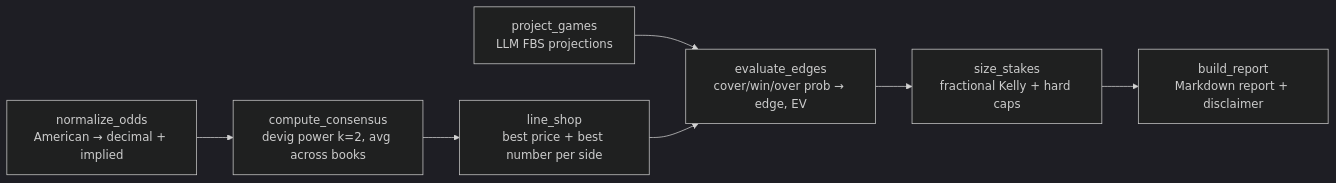
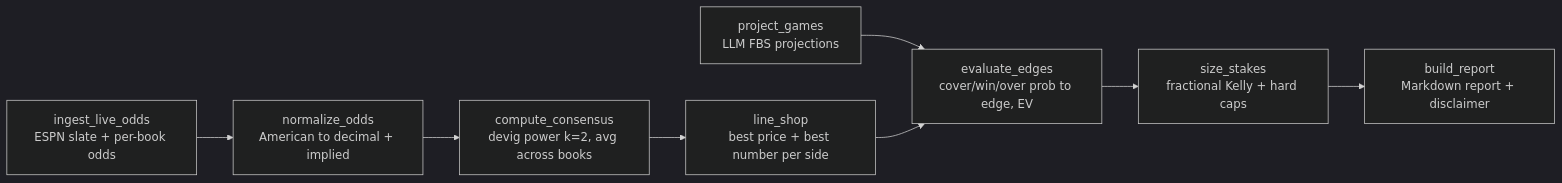
The diagram in README.md (ThomsenDrake/crb-workflow), drawn with Mermaid (dark theme) before and after one commit. The commit also changed other lines of this file and 8 other files, not shown here.

Commit message:
feat: live ESPN odds ingestion (sources.py + ingest_live_odds activity); games input now optional, defaults to today FBS slate

```diff
--- a/README.md
+++ b/README.md
@@ -27,9 +27,10 @@
 ~~~mermaid
 flowchart LR
-    A[normalize_odds<br/>American → decimal + implied] --> B[compute_consensus<br/>devig power k=2, avg across books]
-    B --> C[line_shop<br/>best price + best number per side]
-    D[project_games<br/>LLM FBS projections] --> E[evaluate_edges<br/>cover/win/over prob → edge, EV]
-    C --> E
-    E --> F[size_stakes<br/>fractional Kelly + hard caps]
-    F --> G[build_report<br/>Markdown report + disclaimer]
+    A[ingest_live_odds<br/>ESPN slate + per-book odds] --> B[normalize_odds<br/>American to decimal + implied]
+    B --> C[compute_consensus<br/>devig power k=2, avg across books]
+    C --> D[line_shop<br/>best price + best number per side]
+    E[project_games<br/>LLM FBS projections] --> F[evaluate_edges<br/>cover/win/over prob to edge, EV]
+    D --> F
+    F --> G[size_stakes<br/>fractional Kelly + hard caps]
+    G --> H[build_report<br/>Markdown report + disclaimer]
 ~~~
```
